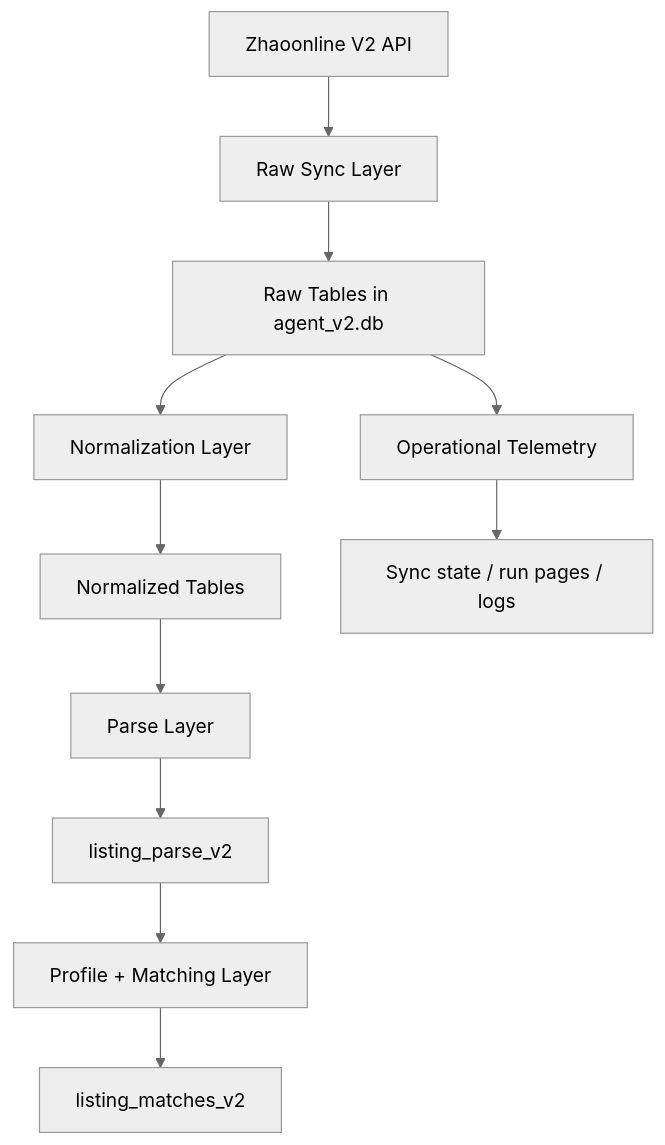
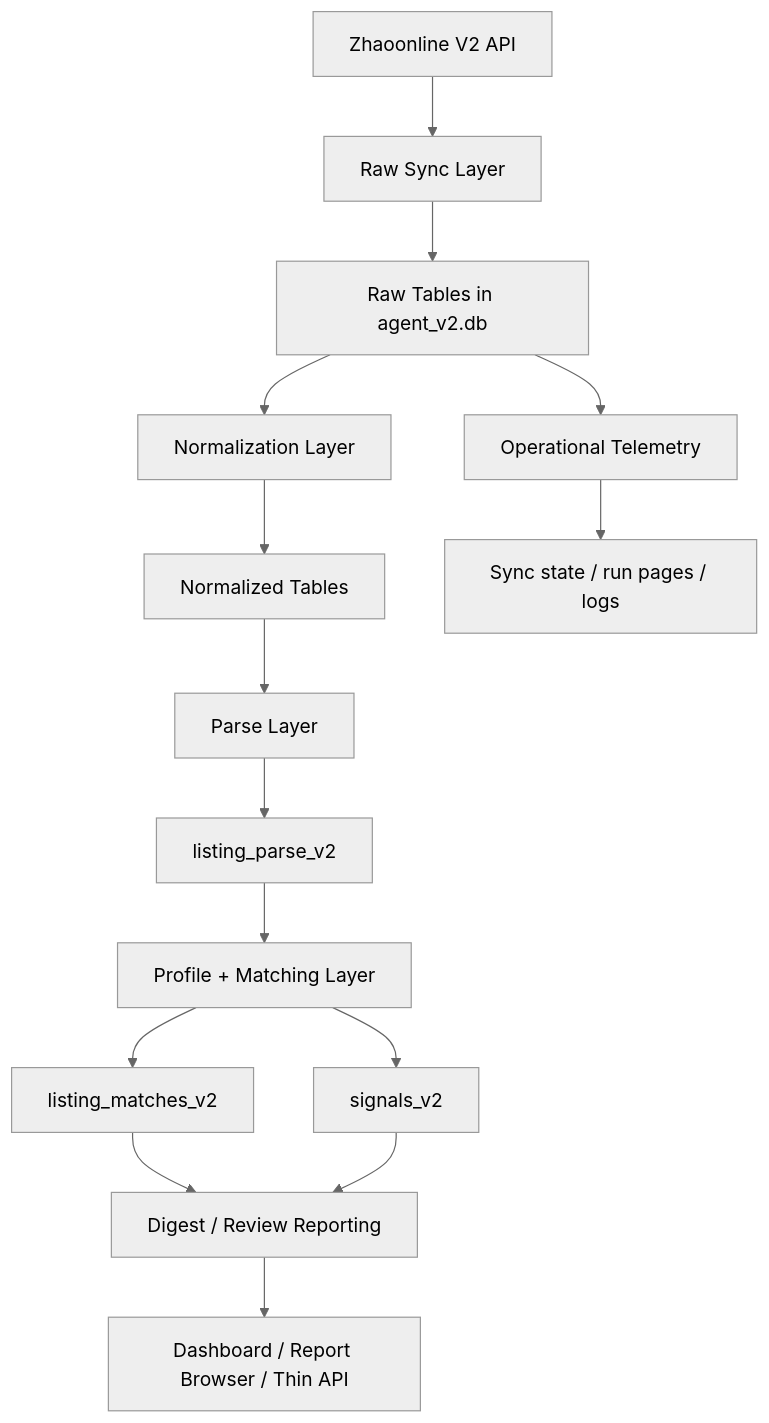
The diagram in md/v2/V2_ARCHITECTURE.md (XVvvVX-bot/ai-collectible-agent), drawn with Mermaid (neutral theme) before and after one commit. The commit also changed other lines of this file and 9 other files, not shown here.

Commit message:
Refresh V2 docs for dashboard API and Render runtime

````diff
--- a/md/v2/V2_ARCHITECTURE.md
+++ b/md/v2/V2_ARCHITECTURE.md
@@ -15,13 +17,17 @@
 ```mermaid
 flowchart TD
     A["Zhaoonline V2 API"] --> B["Raw Sync Layer"]
     B --> C["Raw Tables in agent_v2.db"]
     C --> D["Normalization Layer"]
     D --> E["Normalized Tables"]
     E --> F["Parse Layer"]
     F --> G["listing_parse_v2"]
     G --> H["Profile + Matching Layer"]
     H --> I["listing_matches_v2"]
-    C --> J["Operational Telemetry"]
-    J --> K["Sync state / run pages / logs"]
+    H --> J["signals_v2"]
+    I --> K["Digest / Review Reporting"]
+    J --> K
+    K --> L["Dashboard / Report Browser / Thin API"]
+    C --> M["Operational Telemetry"]
+    M --> N["Sync state / run pages / logs"]
 ```
````
